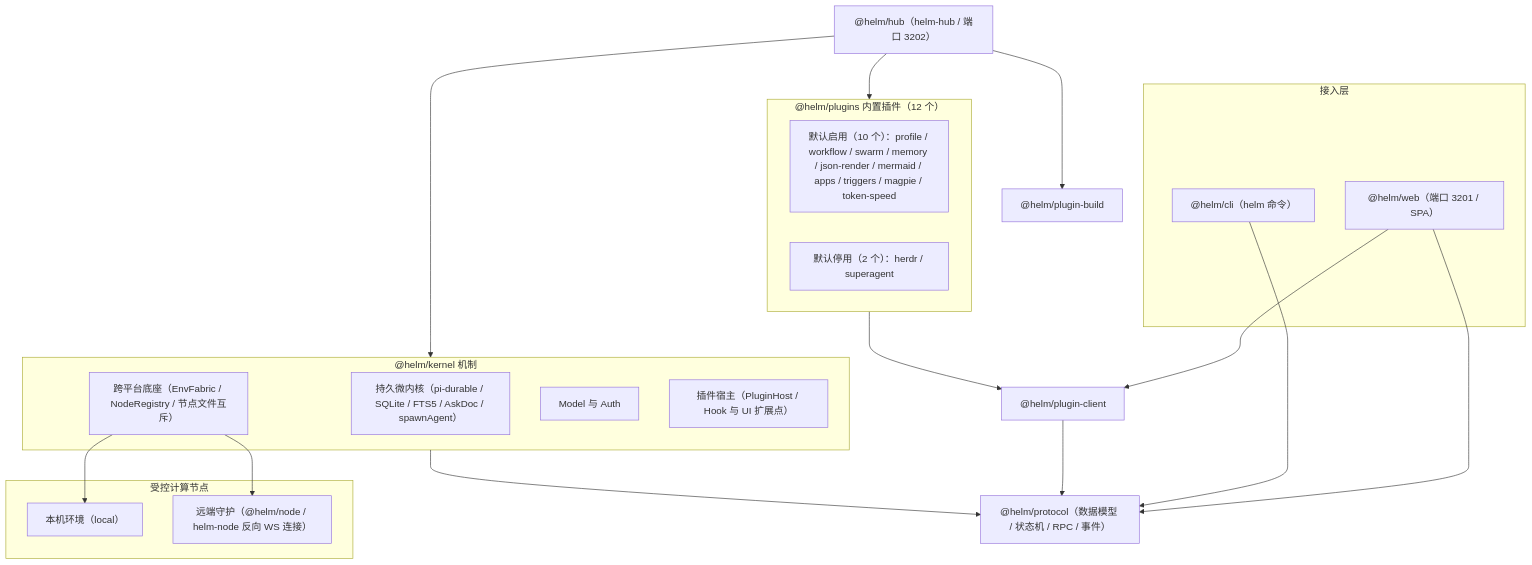
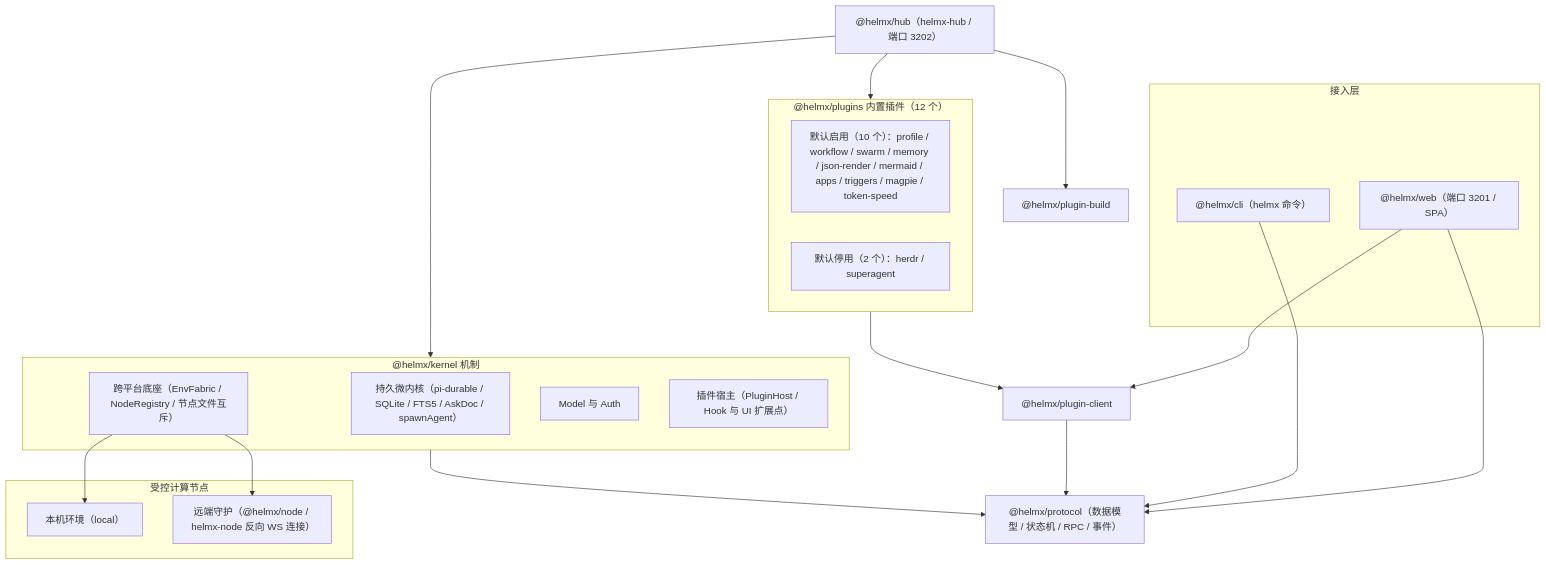
Before and after one commit to team4u/helm: the diagram in README.md, drawn with Mermaid. The commit also changed other lines of this file and 34 other files, not shown here.

````diff
--- a/README.md
+++ b/README.md
@@ -30,41 +30,41 @@
 ```mermaid
 flowchart TD
     subgraph Client["接入层"]
-        Web["@helm/web（端口 3201 / SPA）"]
-        CLI["@helm/cli（helm 命令）"]
+        Web["@helmx/web（端口 3201 / SPA）"]
+        CLI["@helmx/cli（helmx 命令）"]
     end
 
-    Hub["@helm/hub（helm-hub / 端口 3202）"]
-    Build["@helm/plugin-build"]
-    ClientSdk["@helm/plugin-client"]
-    Prot["@helm/protocol（数据模型 / 状态机 / RPC / 事件）"]
+    Hub["@helmx/hub（helmx-hub / 端口 3202）"]
+    Build["@helmx/plugin-build"]
+    ClientSdk["@helmx/plugin-client"]
+    Prot["@helmx/protocol（数据模型 / 状态机 / RPC / 事件）"]
 
-    subgraph Kernel["@helm/kernel 机制"]
+    subgraph Kernel["@helmx/kernel 机制"]
         Durable["持久微内核（pi-durable / SQLite / FTS5 / AskDoc / spawnAgent）"]
         Fabric["跨平台底座（EnvFabric / NodeRegistry / 节点文件互斥）"]
         ModelAuth["Model 与 Auth"]
         Host["插件宿主（PluginHost / Hook 与 UI 扩展点）"]
     end
 
     subgraph Nodes["受控计算节点"]
         Local["本机环境（local）"]
-        Remote["远端守护（@helm/node / helm-node 反向 WS 连接）"]
+        Remote["远端守护（@helmx/node / helmx-node 反向 WS 连接）"]
     end
 
-    subgraph Plugins["@helm/plugins 内置插件（12 个）"]
+    subgraph Plugins["@helmx/plugins 内置插件（12 个）"]
         Enabled["默认启用（10 个）：profile / workflow / swarm / memory / json-render / mermaid / apps / triggers / magpie / token-speed"]
         Disabled["默认停用（2 个）：herdr / superagent"]
     end
 
     Web --> ClientSdk
     Web --> Prot
     CLI --> Prot
     Hub --> Kernel
     Hub --> Plugins
     Hub --> Build
     Kernel --> Prot
     Plugins --> ClientSdk
     ClientSdk --> Prot
     Fabric --> Local
     Fabric --> Remote
 ```
````
